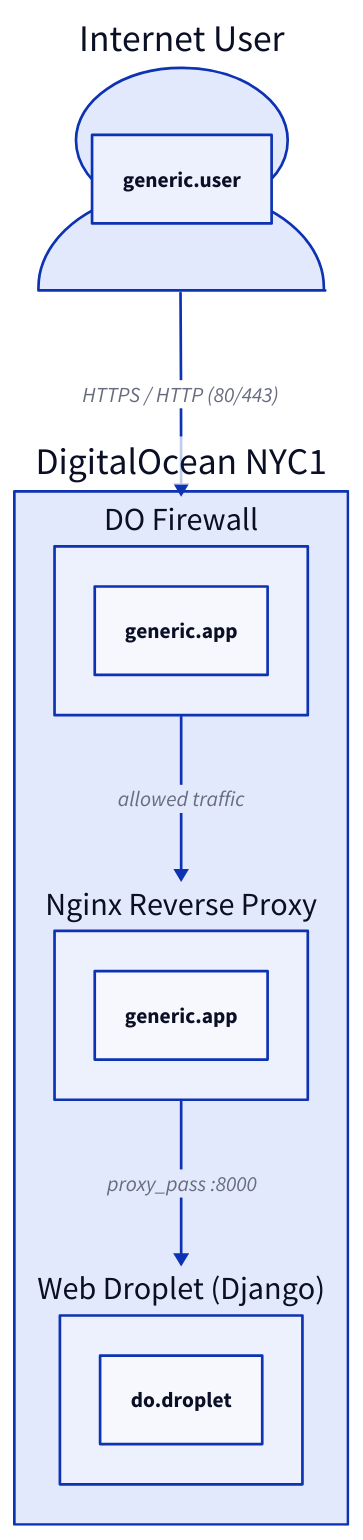
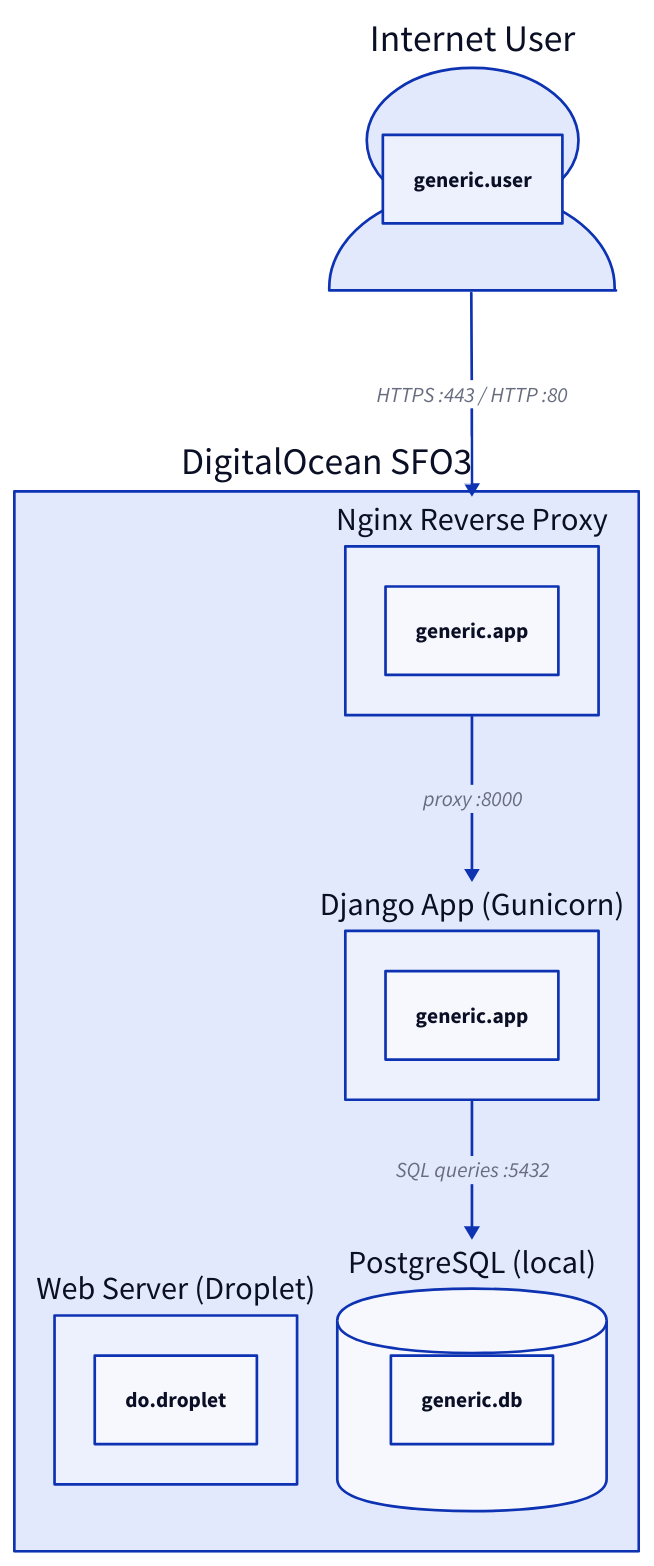
One commit to faizunRBAI/python-do-webapp changed the diagram in .udap/architecture.d2. Above: the diagram before and after it, drawn with D2. The commit also changed 20 other files, not shown here.

```diff
--- a/.udap/architecture.d2
+++ b/.udap/architecture.d2
@@ -1,12 +1,13 @@
-# udap:meta cloud=digitalocean region=nyc1 target=do-droplet
+# udap:meta cloud=digitalocean region=sfo3 target=do-droplet
 
 user: Internet User { shape: person; udap-type: generic.user }
-vpc: DigitalOcean NYC1 {
-  droplet: Web Droplet (Django) { shape: rectangle; udap-type: do.droplet }
+vpc: DigitalOcean SFO3 {
+  droplet: Web Server (Droplet) { shape: rectangle; udap-type: do.droplet }
   nginx: Nginx Reverse Proxy { shape: rectangle; udap-type: generic.app }
-  firewall: DO Firewall { shape: rectangle; udap-type: generic.app }
+  app: Django App (Gunicorn) { shape: rectangle; udap-type: generic.app }
+  db: PostgreSQL (local) { shape: cylinder; udap-type: generic.db }
 }
 
-user -> vpc.firewall: HTTPS / HTTP (80/443)
-vpc.firewall -> vpc.nginx: allowed traffic
-vpc.nginx -> vpc.droplet: proxy_pass :8000
+user -> vpc.nginx: HTTPS :443 / HTTP :80
+vpc.nginx -> vpc.app: proxy :8000
+vpc.app -> vpc.db: SQL queries :5432
```
